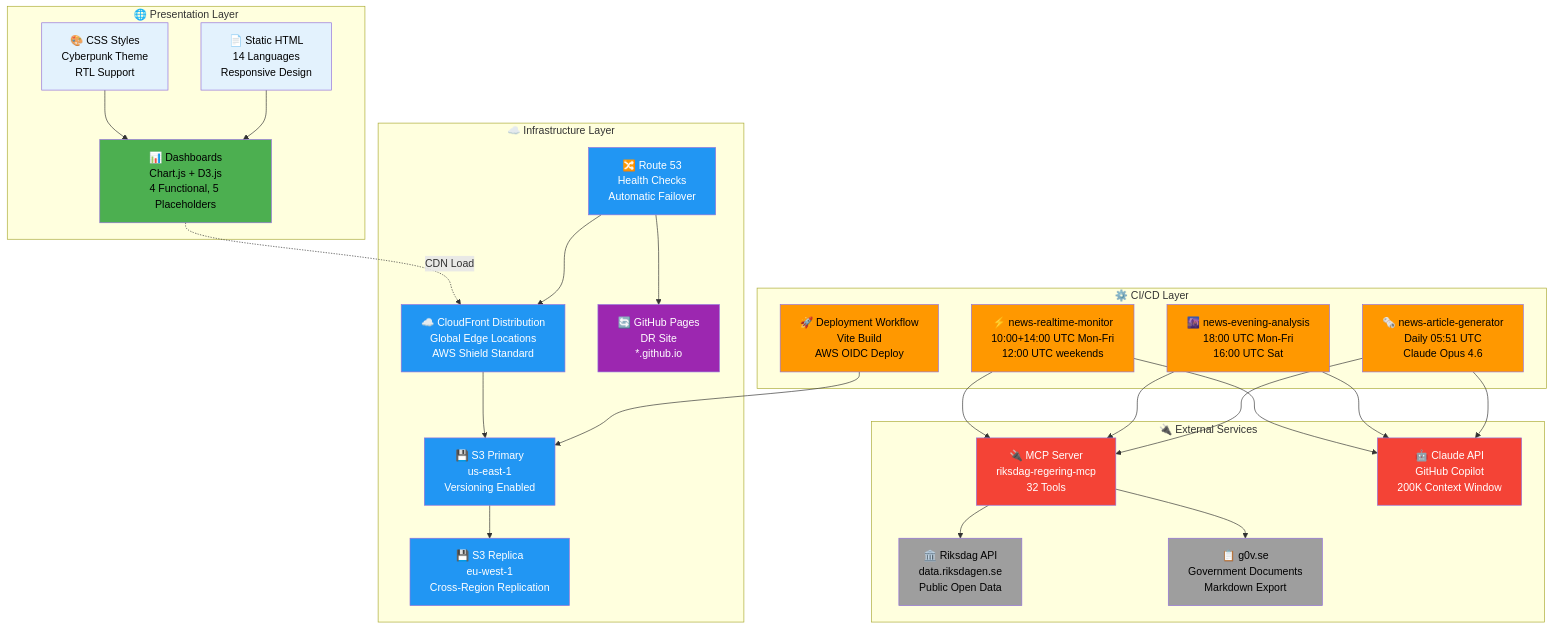
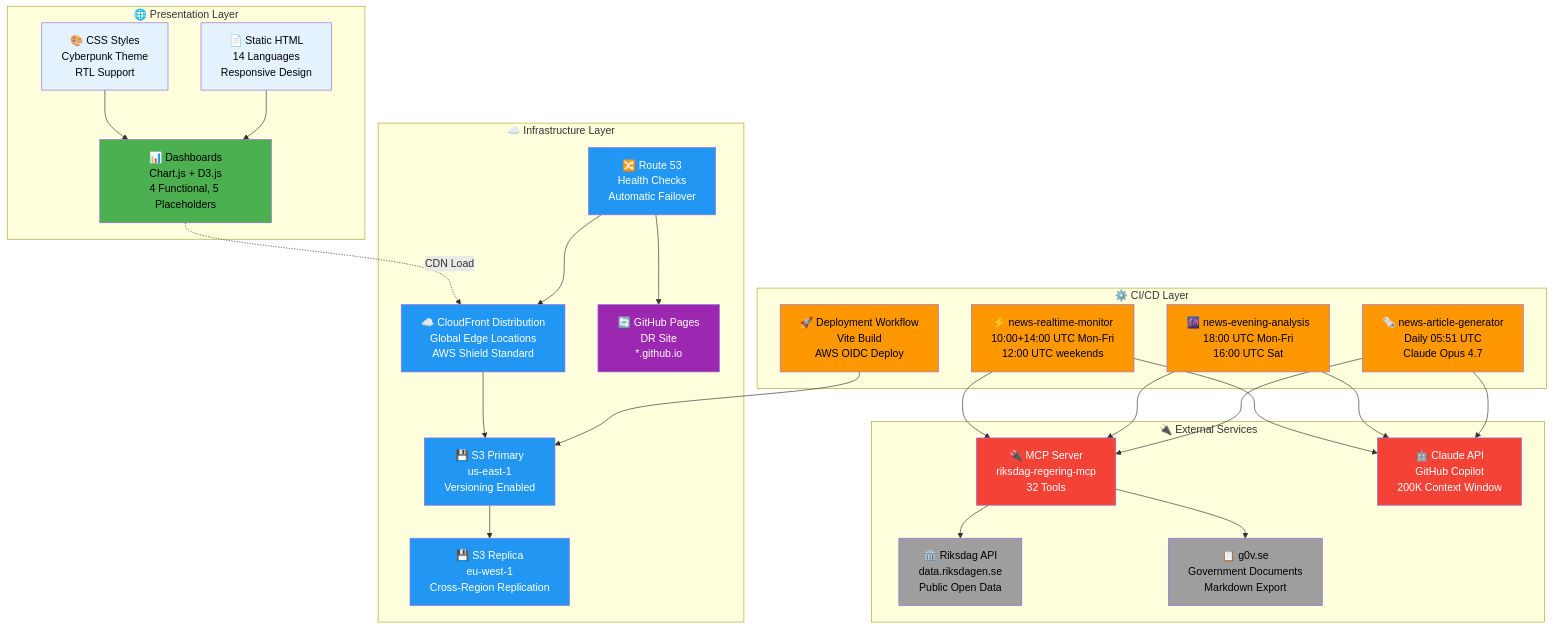
Before and after one commit to Hack23/riksdagsmonitor: the second of 14 diagrams in THREAT_MODEL.md, drawn with Mermaid. The commit also changed other lines of this file and 15 other files, not shown here.

First line of the commit message:
Sync all docs/methodology/skills to Claude Opus 4.7

````diff
--- a/THREAT_MODEL.md
+++ b/THREAT_MODEL.md
@@ -307,70 +307,70 @@
 ```mermaid
 graph TB
     subgraph "🌐 Presentation Layer"
         HTML[📄 Static HTML<br/>14 Languages<br/>Responsive Design]
         CSS[🎨 CSS Styles<br/>Cyberpunk Theme<br/>RTL Support]
         Dashboard[📊 Dashboards<br/>Chart.js + D3.js<br/>4 Functional, 5 Placeholders]
     end
     
     subgraph "⚙️ CI/CD Layer"
-        Workflow1[🗞️ news-article-generator<br/>Daily 05:51 UTC<br/>Claude Opus 4.6]
+        Workflow1[🗞️ news-article-generator<br/>Daily 05:51 UTC<br/>Claude Opus 4.7]
         Workflow2[🌆 news-evening-analysis<br/>18:00 UTC Mon-Fri<br/>16:00 UTC Sat]
         Workflow3[⚡ news-realtime-monitor<br/>10:00+14:00 UTC Mon-Fri<br/>12:00 UTC weekends]
         Deploy[🚀 Deployment Workflow<br/>Vite Build<br/>AWS OIDC Deploy]
     end
     
     subgraph "☁️ Infrastructure Layer"
         CDN[☁️ CloudFront Distribution<br/>Global Edge Locations<br/>AWS Shield Standard]
         S3Primary[💾 S3 Primary<br/>us-east-1<br/>Versioning Enabled]
         S3Replica[💾 S3 Replica<br/>eu-west-1<br/>Cross-Region Replication]
         DNS[🔀 Route 53<br/>Health Checks<br/>Automatic Failover]
         GHPages[🔄 GitHub Pages<br/>DR Site<br/>*.github.io]
     end
     
     subgraph "🔌 External Services"
         MCP[🔌 MCP Server<br/>riksdag-regering-mcp<br/>32 Tools]
         ClaudeAPI[🤖 Claude API<br/>GitHub Copilot<br/>200K Context Window]
         Riksdag[🏛️ Riksdag API<br/>data.riksdagen.se<br/>Public Open Data]
         G0V[📋 g0v.se<br/>Government Documents<br/>Markdown Export]
     end
     
     HTML --> Dashboard
     CSS --> Dashboard
     
     Workflow1 --> ClaudeAPI
     Workflow2 --> ClaudeAPI
     Workflow3 --> ClaudeAPI
     
     Workflow1 --> MCP
     Workflow2 --> MCP
     Workflow3 --> MCP
     
     Deploy --> S3Primary
     S3Primary --> S3Replica
     
     CDN --> S3Primary
     DNS --> CDN
     DNS --> GHPages
     
     MCP --> Riksdag
     MCP --> G0V
     
     Dashboard -.->|CDN Load| CDN
     
     style HTML fill:#e3f2fd,color:#000
     style CSS fill:#e3f2fd,color:#000
     style Dashboard fill:#4caf50,color:#000
     style Workflow1 fill:#ff9800,color:#000
     style Workflow2 fill:#ff9800,color:#000
     style Workflow3 fill:#ff9800,color:#000
     style Deploy fill:#ff9800,color:#000
     style CDN fill:#2196f3,color:#fff
     style S3Primary fill:#2196f3,color:#fff
     style S3Replica fill:#2196f3,color:#fff
     style DNS fill:#2196f3,color:#fff
     style GHPages fill:#9c27b0,color:#fff
     style MCP fill:#f44336,color:#fff
     style ClaudeAPI fill:#f44336,color:#fff
     style Riksdag fill:#9e9e9e,color:#000
     style G0V fill:#9e9e9e,color:#000
 ```
````
